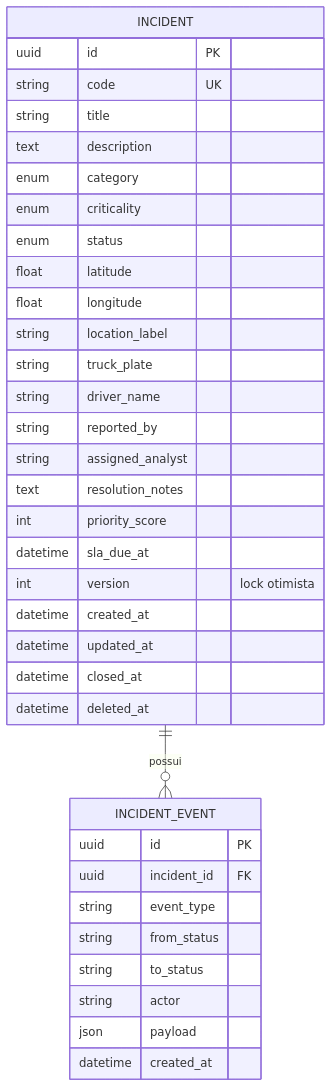
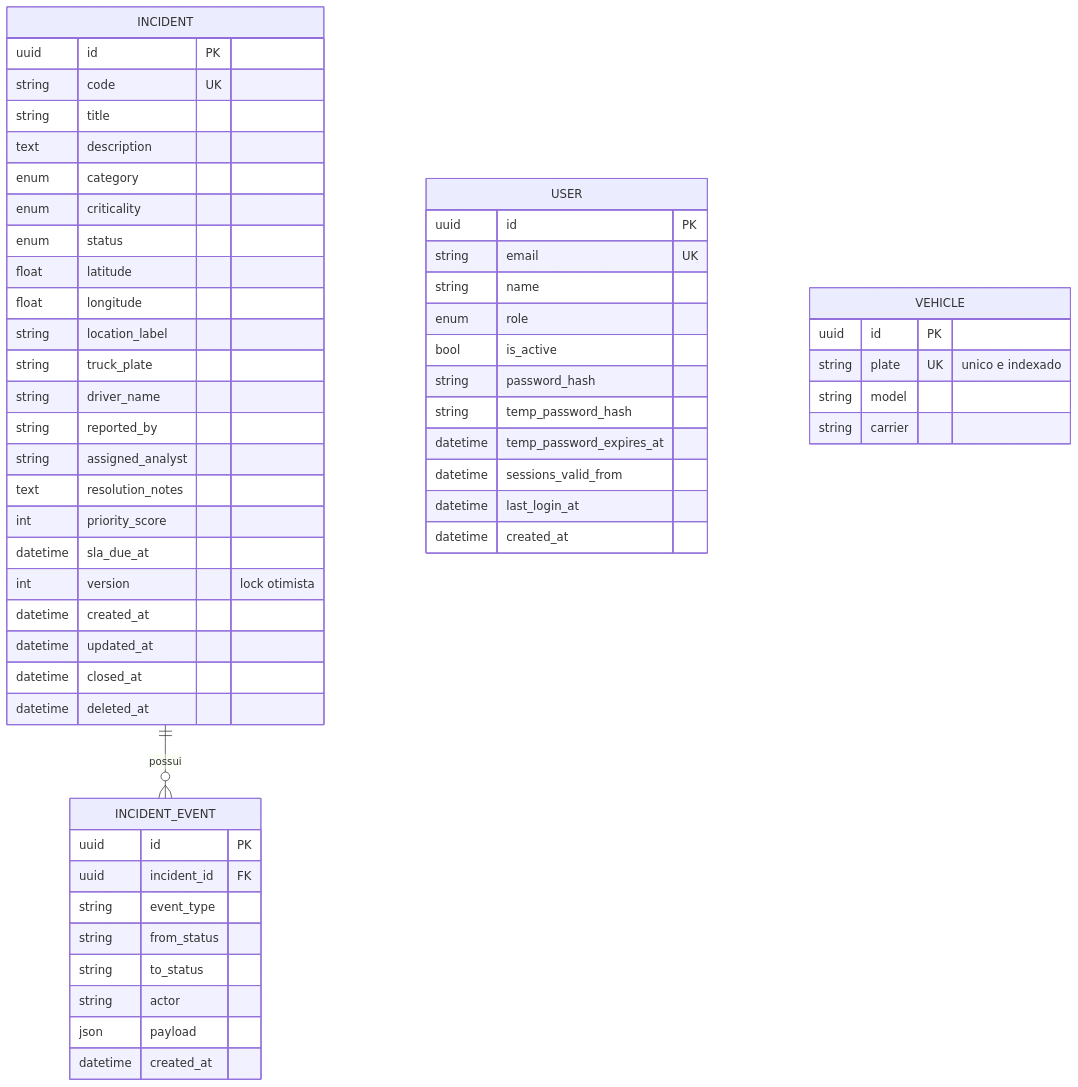
The fourth of 6 diagrams in docs/02-arquitetura.md (Alysson-Araujo/logos), drawn with Mermaid before and after one commit. The commit also changed other lines of this file and 8 other files, not shown here.

````diff
--- a/docs/02-arquitetura.md
+++ b/docs/02-arquitetura.md
@@ -150,38 +150,57 @@
 ```mermaid
 erDiagram
     INCIDENT ||--o{ INCIDENT_EVENT : "possui"
     INCIDENT {
         uuid id PK
         string code UK
         string title
         text description
         enum category
         enum criticality
         enum status
         float latitude
         float longitude
         string location_label
         string truck_plate
         string driver_name
         string reported_by
         string assigned_analyst
         text resolution_notes
         int priority_score
         datetime sla_due_at
         int version "lock otimista"
         datetime created_at
         datetime updated_at
         datetime closed_at
         datetime deleted_at
     }
     INCIDENT_EVENT {
         uuid id PK
         uuid incident_id FK
         string event_type
         string from_status
         string to_status
         string actor
         json payload
         datetime created_at
     }
+    USER {
+        uuid id PK
+        string email UK
+        string name
+        enum role
+        bool is_active
+        string password_hash
+        string temp_password_hash
+        datetime temp_password_expires_at
+        datetime sessions_valid_from
+        datetime last_login_at
+        datetime created_at
+    }
+    VEHICLE {
+        uuid id PK
+        string plate UK "unico e indexado"
+        string model
+        string carrier
+    }
 ```
````
